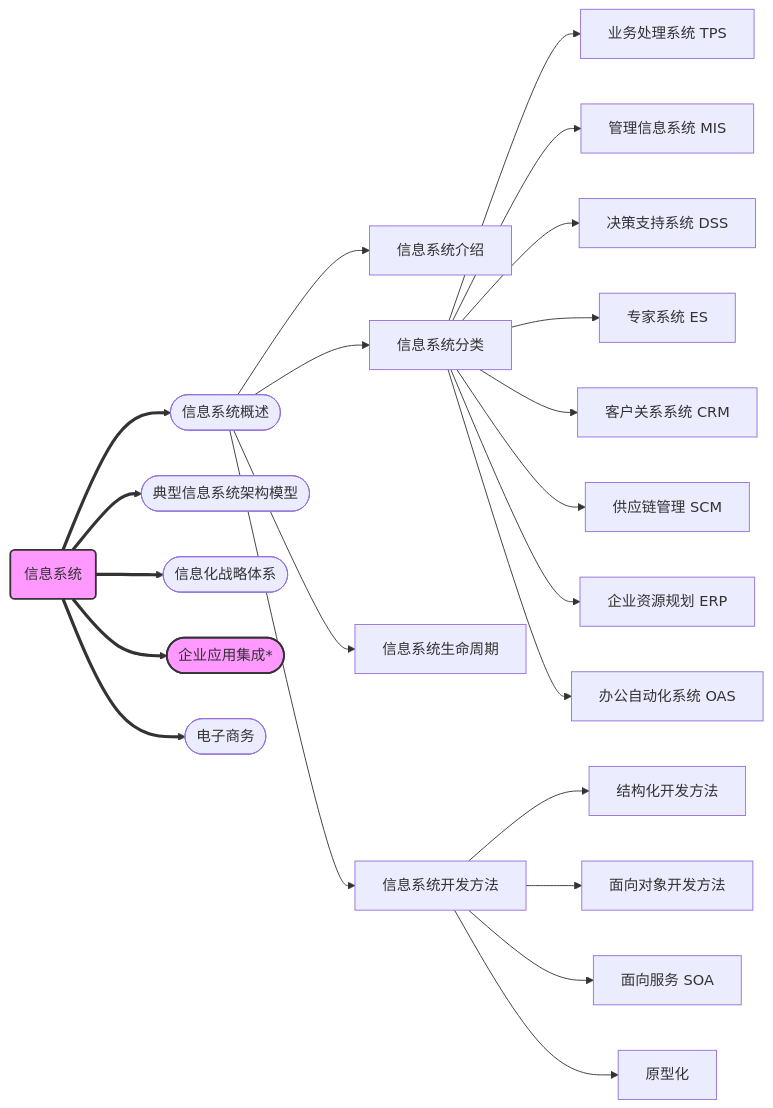
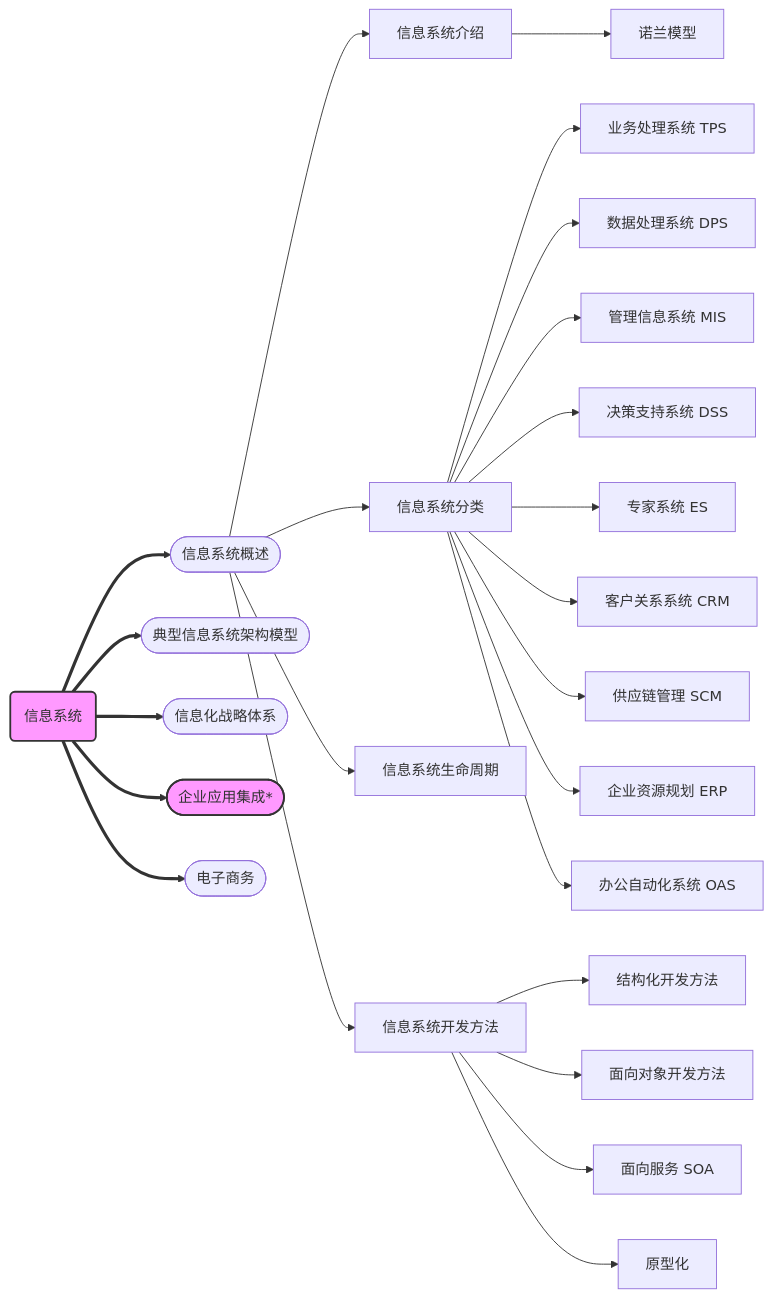
One commit to Rtoax/test-linux changed the first of 2 diagrams in Documentation/ruankao/information-system.rst. Above: the diagram before and after it, drawn with Mermaid. The commit also changed other lines of this file and 1 other file, not shown here.

Commit message:
Doc: rk: Nolan-Model
Vers: Ubuntu 25.10, Linux 6.17.0-19-generic, LaTeXmk 4.87, Sphinx 8.2.3, Python 3.13.7

```diff
--- a/Documentation/ruankao/information-system.rst
+++ b/Documentation/ruankao/information-system.rst
@@ -16,31 +17,34 @@
 .. mermaid::
    :caption: 信息系统
 
     flowchart LR
         Info(信息系统) ==> Summary([信息系统概述])
         Info ==> Models([典型信息系统架构模型])
         Info ==> Strategy([信息化战略体系])
         Info ==> EAI([企业应用集成*])
         Info ==> E-commerce([电子商务])
 
         Summary --> InfoIntroduce[信息系统介绍]
         Summary --> InfoType[信息系统分类]
         Summary --> InfoLifeCycle[信息系统生命周期]
         Summary --> InfoDevelMethod[信息系统开发方法]
 
-        InfoType --> InfoType1[业务处理系统 TPS]
-        InfoType --> InfoType2[管理信息系统 MIS]
-        InfoType --> InfoType3[决策支持系统 DSS]
-        InfoType --> InfoType4[专家系统 ES]
-        InfoType --> InfoType5[客户关系系统 CRM]
-        InfoType --> InfoType6[供应链管理 SCM]
-        InfoType --> InfoType7[企业资源规划 ERP]
-        InfoType --> InfoType8[办公自动化系统 OAS]
+        InfoIntroduce --> Nolan[诺兰模型]
+
+        InfoType --> TPS[业务处理系统 TPS]
+        InfoType --> DPS[数据处理系统 DPS]
+        InfoType --> MIS[管理信息系统 MIS]
+        InfoType --> DSS[决策支持系统 DSS]
+        InfoType --> ES[专家系统 ES]
+        InfoType --> CRM[客户关系系统 CRM]
+        InfoType --> SCM[供应链管理 SCM]
+        InfoType --> ERP[企业资源规划 ERP]
+        InfoType --> OAS[办公自动化系统 OAS]
 
         InfoDevelMethod --> Method1[结构化开发方法]
         InfoDevelMethod --> Method2[面向对象开发方法]
         InfoDevelMethod --> Method3[面向服务 SOA]
         InfoDevelMethod --> Method4[原型化]
 
         style Info fill:#f9f,stroke:#333,stroke-width:2px
         style EAI fill:#f9f,stroke:#333,stroke-width:2px
```
